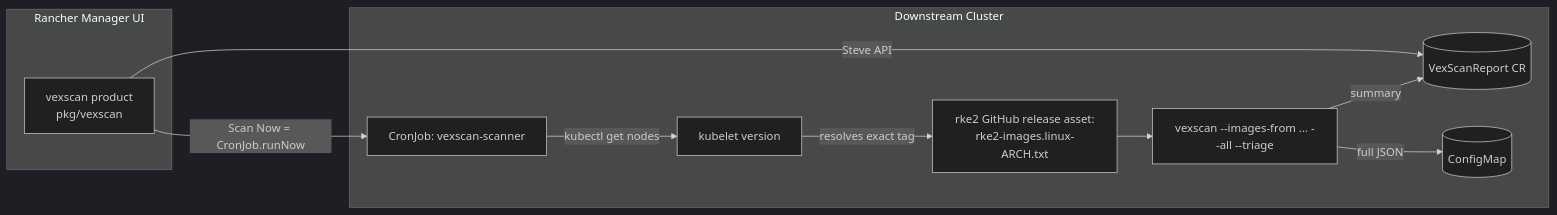
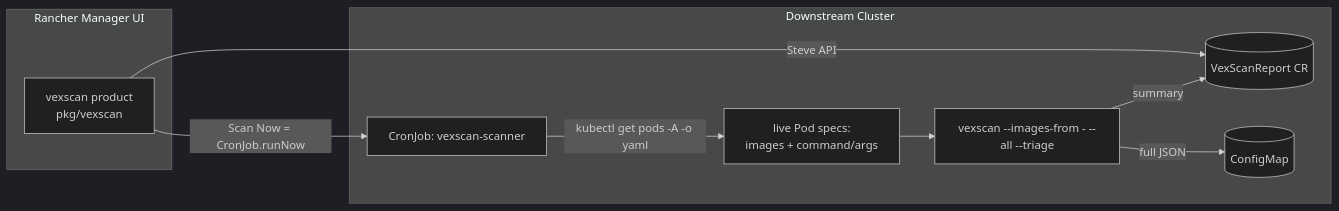
One commit to cwayne18/rancher-vexscan-extension changed the diagram in README.md. Above: the diagram before and after it, drawn with Mermaid (dark theme). The commit also changed other lines of this file and 3 other files, not shown here.

First line of the commit message:
feat(scanner): scan live cluster pod state instead of RKE2 GitHub manifest

````diff
--- a/README.md
+++ b/README.md
@@ -38,14 +52,13 @@
 ```mermaid
 flowchart LR
     subgraph Downstream Cluster
-        CJ[CronJob: vexscan-scanner] -->|kubectl get nodes| KV[kubelet version]
-        KV -->|resolves exact tag| GH[rke2 GitHub release asset:\nrke2-images.linux-ARCH.txt]
-        GH --> SCAN[vexscan --images-from ... --all --triage]
+        CJ[CronJob: vexscan-scanner] -->|kubectl get pods -A -o yaml| PODS[live Pod specs:\nimages + command/args]
+        PODS --> SCAN[vexscan --images-from - --all --triage]
         SCAN -->|summary| CR[(VexScanReport CR)]
         SCAN -->|full JSON| CM[(ConfigMap)]
     end
     subgraph Rancher Manager UI
         PROD[vexscan product\npkg/vexscan] -->|Steve API| CR
         PROD -->|Scan Now = CronJob.runNow| CJ
     end
 ```
````
